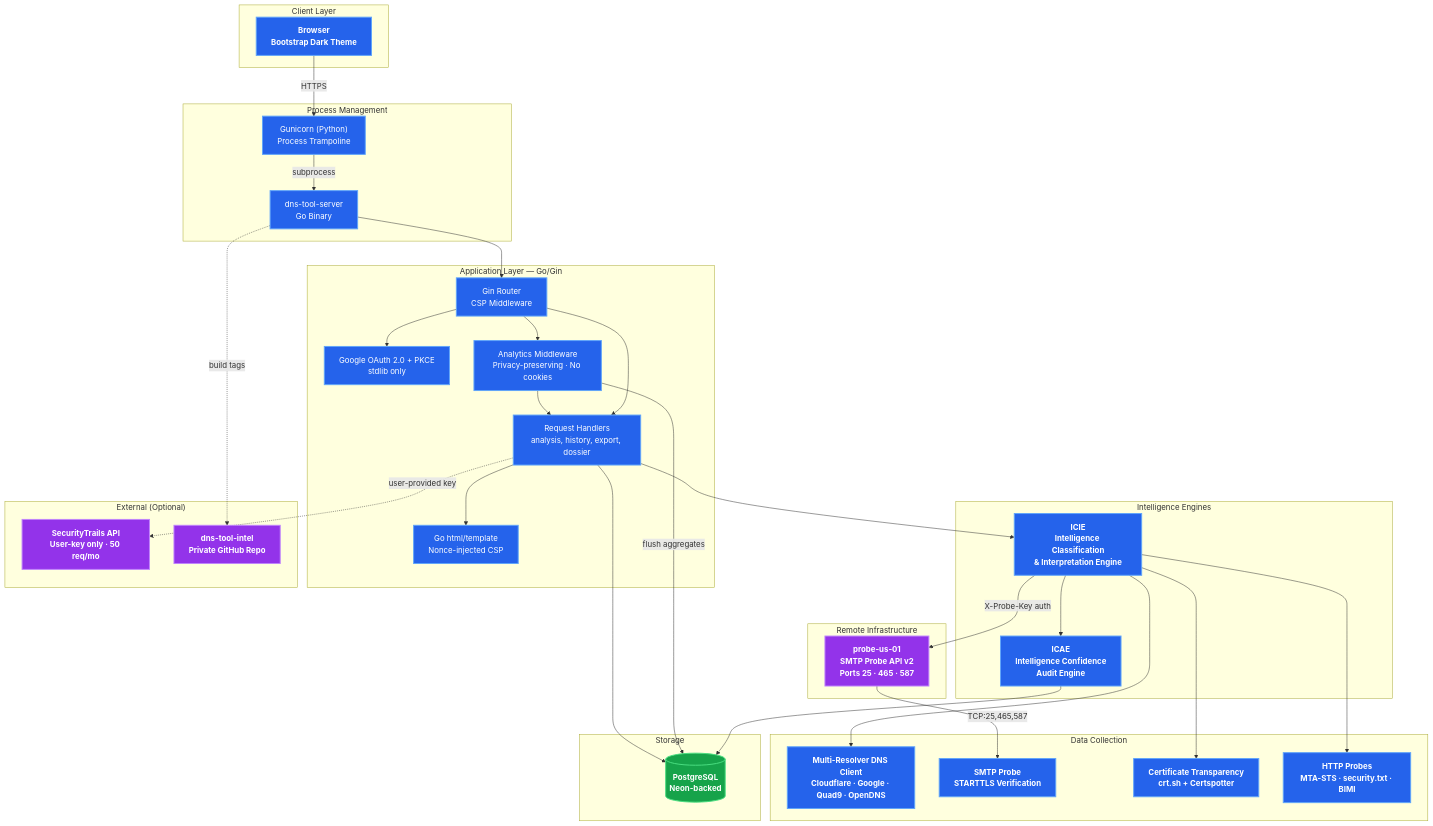
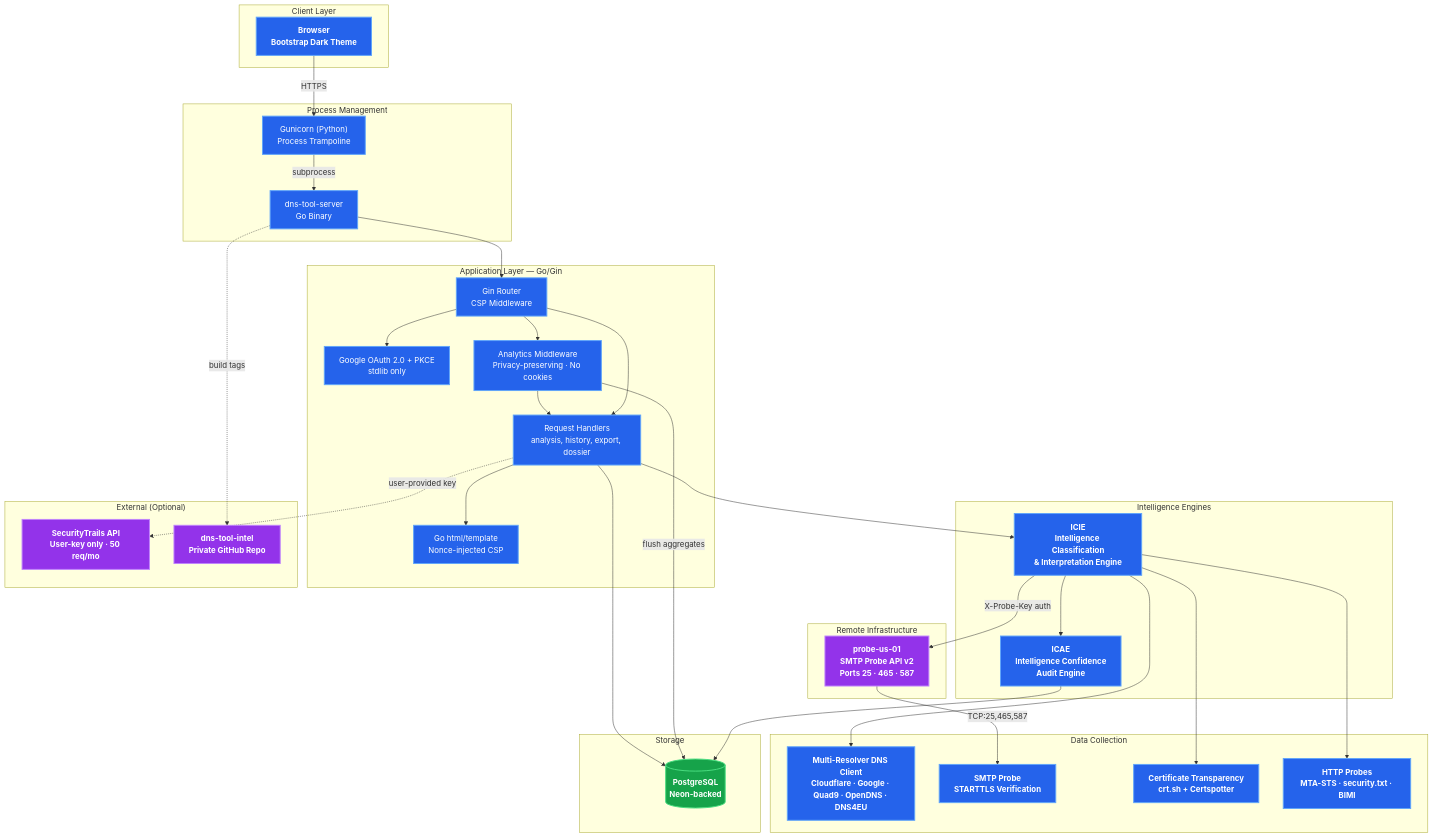
One commit to careyjames/DnsToolWeb changed the first of 7 diagrams in docs/architecture/SYSTEM_ARCHITECTURE.md. Above: the diagram before and after it, drawn with Mermaid. The commit also changed 10 other files, not shown here.

First line of the commit message:
Improve DNS analysis by adding a new resolver and email security scope

````diff
--- a/docs/architecture/SYSTEM_ARCHITECTURE.md
+++ b/docs/architecture/SYSTEM_ARCHITECTURE.md
@@ -5,80 +5,80 @@
 ```mermaid
 graph TB
     subgraph "Client Layer"
         Browser["Browser<br/>Bootstrap Dark Theme"]
     end
 
     subgraph "Process Management"
         Gunicorn["Gunicorn (Python)<br/>Process Trampoline"]
         GoBinary["dns-tool-server<br/>Go Binary"]
     end
 
     subgraph "Application Layer — Go/Gin"
         Router["Gin Router<br/>CSP Middleware"]
         Auth["Google OAuth 2.0 + PKCE<br/>stdlib only"]
         Analytics["Analytics Middleware<br/>Privacy-preserving · No cookies"]
         Handlers["Request Handlers<br/>analysis, history, export, dossier"]
         Templates["Go html/template<br/>Nonce-injected CSP"]
     end
 
     subgraph "Intelligence Engines"
         ICIE["ICIE<br/>Intelligence Classification<br/>& Interpretation Engine"]
         ICAE["ICAE<br/>Intelligence Confidence<br/>Audit Engine"]
     end
 
     subgraph "Data Collection"
-        DNSClient["Multi-Resolver DNS Client<br/>Cloudflare · Google · Quad9 · OpenDNS"]
+        DNSClient["Multi-Resolver DNS Client<br/>Cloudflare · Google · Quad9 · OpenDNS · DNS4EU"]
         SMTP["SMTP Probe<br/>STARTTLS Verification"]
         CT["Certificate Transparency<br/>crt.sh + Certspotter"]
         HTTP["HTTP Probes<br/>MTA-STS · security.txt · BIMI"]
     end
 
     subgraph "Remote Infrastructure"
         ProbeServer["probe-us-01<br/>SMTP Probe API v2<br/>Ports 25 · 465 · 587"]
     end
 
     subgraph "Storage"
         PG[("PostgreSQL<br/>Neon-backed")]
     end
 
     subgraph "External (Optional)"
         SecurityTrails["SecurityTrails API<br/>User-key only · 50 req/mo"]
         IntelRepo["dns-tool-intel<br/>Private GitHub Repo"]
     end
 
     Browser -->|"HTTPS"| Gunicorn
     Gunicorn -->|"subprocess"| GoBinary
     GoBinary --> Router
     Router --> Auth
     Router --> Analytics
     Analytics --> Handlers
     Router --> Handlers
     Handlers --> Templates
     Handlers --> ICIE
     ICIE --> DNSClient
     ICIE -->|"X-Probe-Key auth"| ProbeServer
     ProbeServer -->|"TCP:25,465,587"| SMTP
     ICIE --> CT
     ICIE --> HTTP
     ICIE --> ICAE
     Handlers --> PG
     Analytics -->|"flush aggregates"| PG
     ICAE --> PG
     Handlers -.->|"user-provided key"| SecurityTrails
     GoBinary -.->|"build tags"| IntelRepo
 
     classDef default fill:#2563eb,stroke:#60a5fa,stroke-width:2px,color:#f0f6fc
     classDef engine fill:#2563eb,stroke:#60a5fa,stroke-width:2px,color:#fff,font-weight:bold
     classDef storage fill:#16a34a,stroke:#4ade80,stroke-width:2px,color:#fff,font-weight:bold
     classDef external fill:#9333ea,stroke:#c084fc,stroke-width:2px,color:#fff,font-weight:bold
     classDef client fill:#2563eb,stroke:#60a5fa,stroke-width:2px,color:#fff,font-weight:bold
     classDef app fill:#2563eb,stroke:#60a5fa,stroke-width:2px,color:#fff
     class ICIE,ICAE engine
     class PG storage
     class SecurityTrails,IntelRepo external
     class Browser client
     class Router,Auth,Analytics,Handlers,Templates app
     class DNSClient,SMTP,CT,HTTP engine
     class ProbeServer external
     class Gunicorn,GoBinary app
 ```
````
